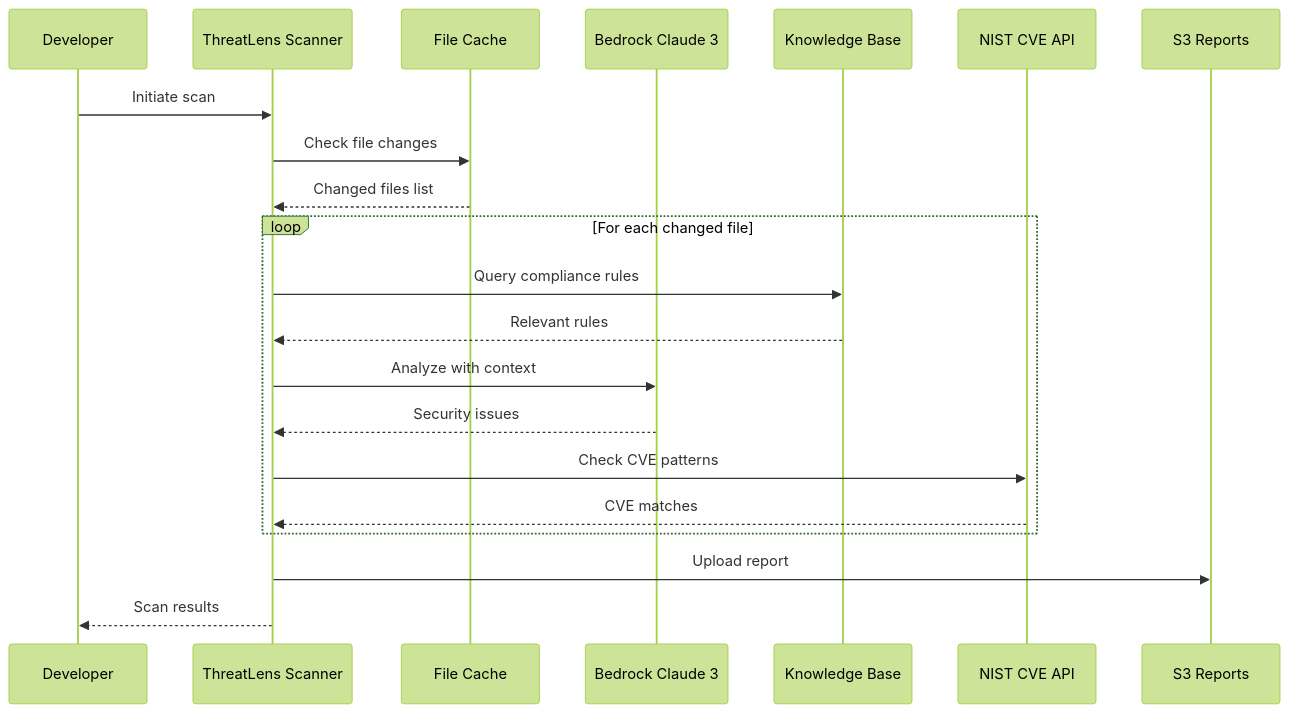
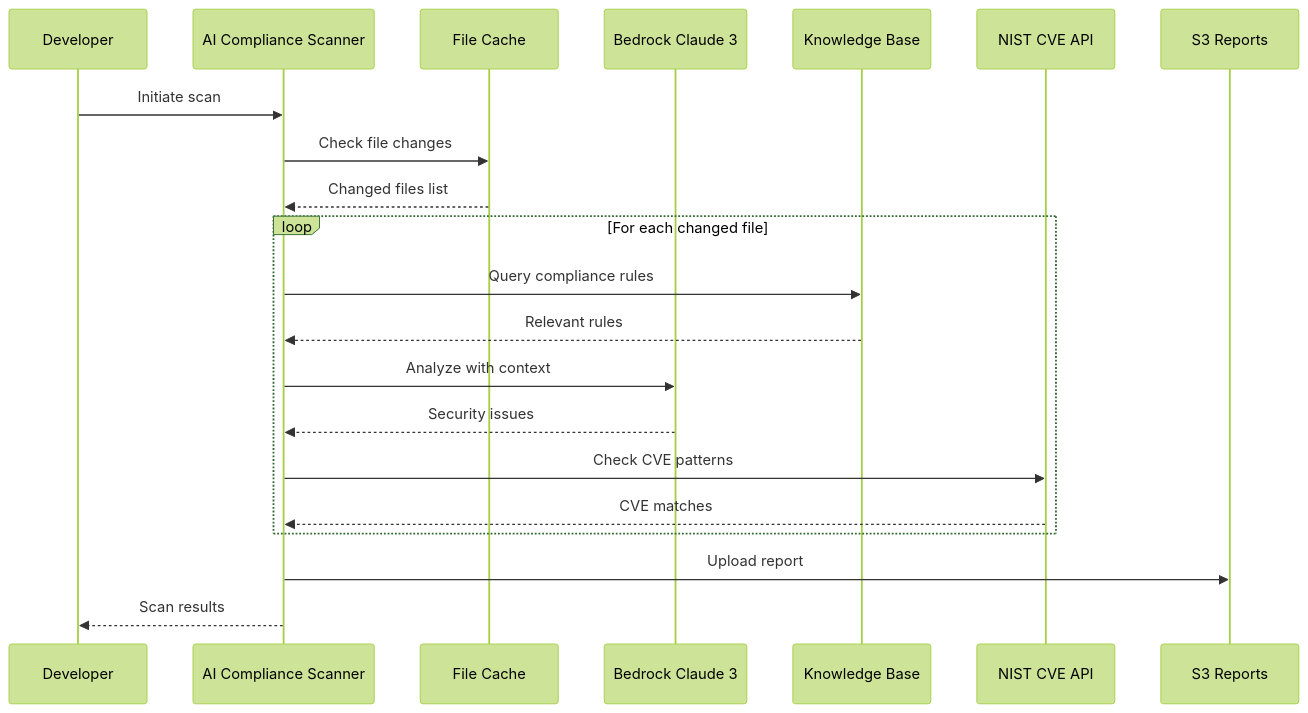
The second of 5 diagrams in docs/architecture.md (devops-captain/Ai-Ops-Ci-CD), drawn with Mermaid (forest theme) before and after one commit. The commit also changed other lines of this file and 12 other files, not shown here.

````diff
--- a/docs/architecture.md
+++ b/docs/architecture.md
@@ -195,26 +195,26 @@
 ```mermaid
 sequenceDiagram
     participant Dev as Developer
-    participant Scanner as ThreatLens Scanner
+    participant Scanner as AI Compliance Scanner
     participant Cache as File Cache
     participant AI as Bedrock Claude 3
     participant KB as Knowledge Base
     participant CVE as NIST CVE API
     participant S3 as S3 Reports
     
     Dev->>Scanner: Initiate scan
     Scanner->>Cache: Check file changes
     Cache-->>Scanner: Changed files list
     
     loop For each changed file
         Scanner->>KB: Query compliance rules
         KB-->>Scanner: Relevant rules
         Scanner->>AI: Analyze with context
         AI-->>Scanner: Security issues
         Scanner->>CVE: Check CVE patterns
         CVE-->>Scanner: CVE matches
     end
     
     Scanner->>S3: Upload report
     Scanner-->>Dev: Scan results
 ```
````
